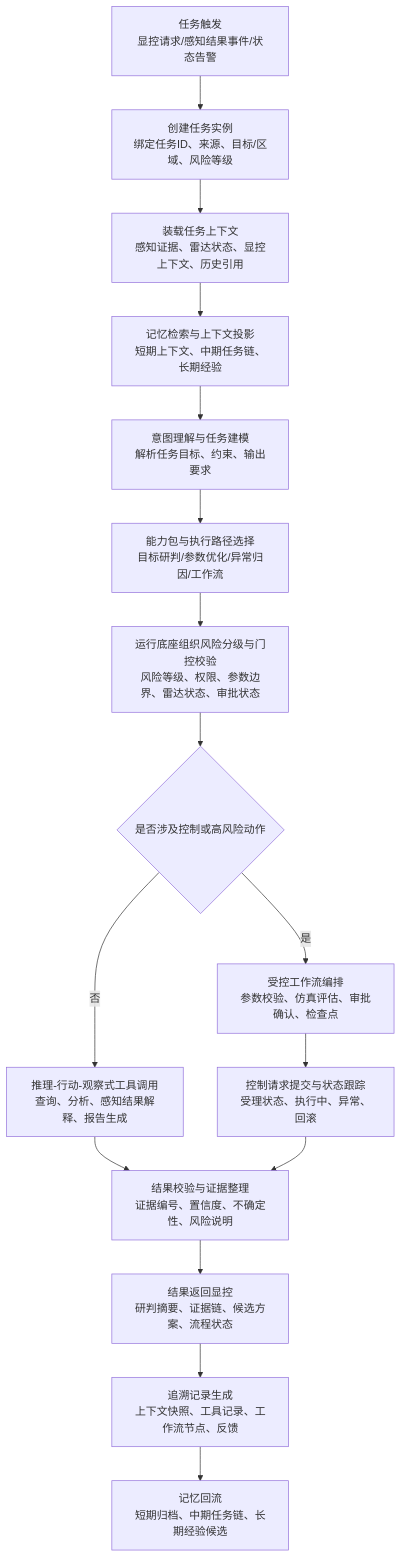
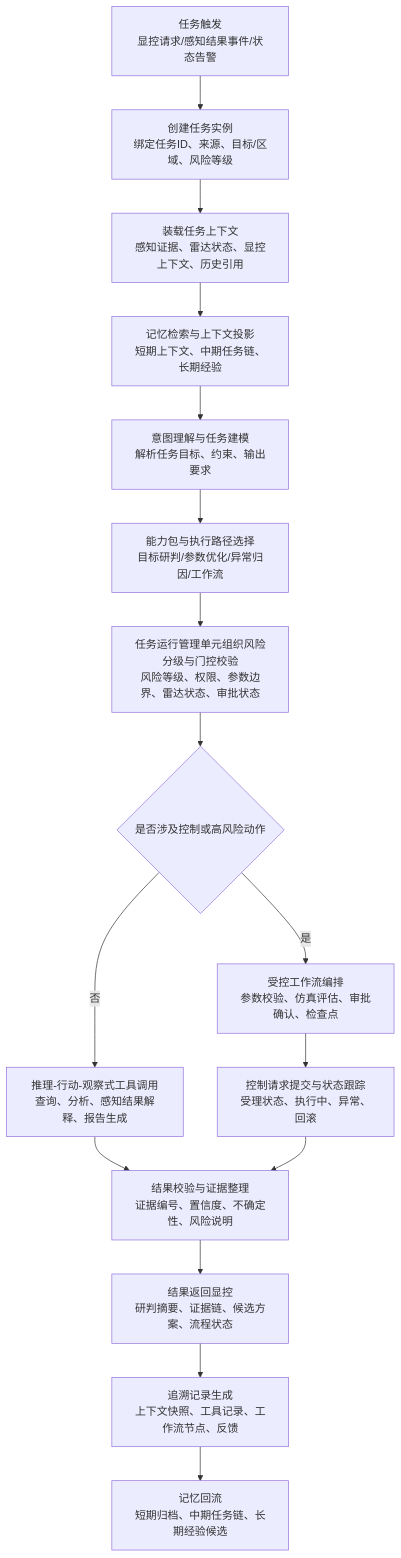
Before and after one commit to StormSeven1/obsidian-vault: the second of 7 diagrams in radar agent/4.3.3.2 LD智能体子系统技术方案.md, drawn with Mermaid. The commit also changed other lines of this file, not shown here.

````diff
--- a/radar agent/4.3.3.2 LD智能体子系统技术方案.md
+++ b/radar agent/4.3.3.2 LD智能体子系统技术方案.md
@@ -69,18 +69,18 @@
 ```mermaid
 flowchart TD
     A[任务触发<br/>显控请求/感知结果事件/状态告警] --> B[创建任务实例<br/>绑定任务ID、来源、目标/区域、风险等级]
     B --> C[装载任务上下文<br/>感知证据、雷达状态、显控上下文、历史引用]
     C --> D[记忆检索与上下文投影<br/>短期上下文、中期任务链、长期经验]
     D --> E[意图理解与任务建模<br/>解析任务目标、约束、输出要求]
     E --> F[能力包与执行路径选择<br/>目标研判/参数优化/异常归因/工作流]
-    F --> G[运行底座组织风险分级与门控校验<br/>风险等级、权限、参数边界、雷达状态、审批状态]
+    F --> G[任务运行管理单元组织风险分级与门控校验<br/>风险等级、权限、参数边界、雷达状态、审批状态]
     G --> R{是否涉及控制或高风险动作}
     R -- 否 --> H[推理-行动-观察式工具调用<br/>查询、分析、感知结果解释、报告生成]
     R -- 是 --> I[受控工作流编排<br/>参数校验、仿真评估、审批确认、检查点]
     H --> J[结果校验与证据整理<br/>证据编号、置信度、不确定性、风险说明]
     I --> Q[控制请求提交与状态跟踪<br/>受理状态、执行中、异常、回滚]
     Q --> J
     J --> K[结果返回显控<br/>研判摘要、证据链、候选方案、流程状态]
     K --> L[追溯记录生成<br/>上下文快照、工具记录、工作流节点、反馈]
     L --> M[记忆回流<br/>短期归档、中期任务链、长期经验候选]
 ```
````
